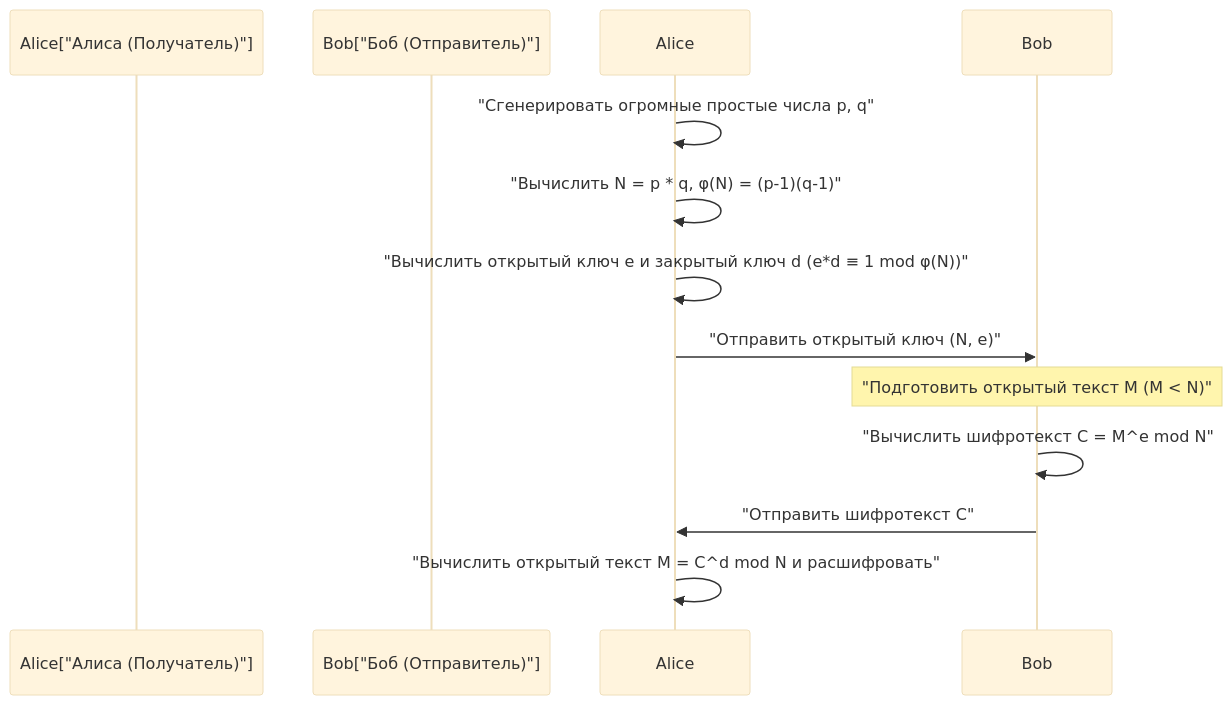
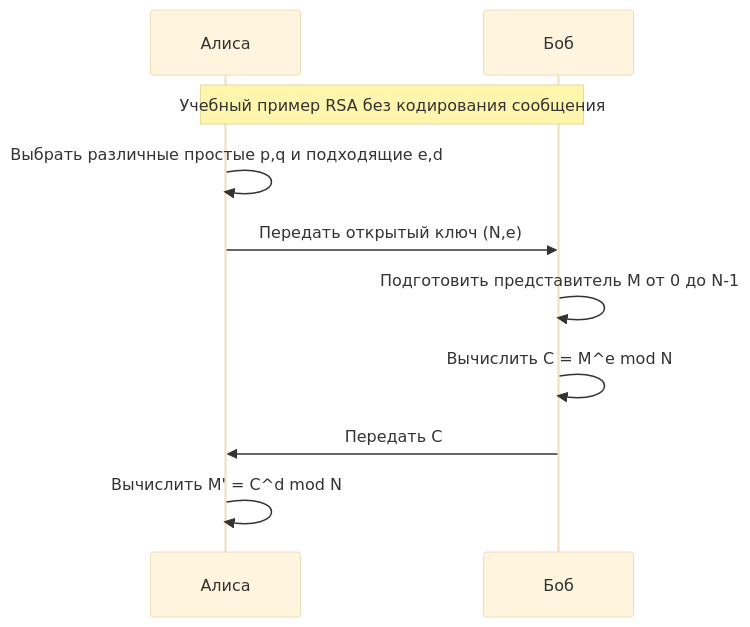
The second of 2 diagrams in content/post/フェルマーの小定理と暗号化/index.ru.md (kenjinote/blog), drawn with Mermaid (base theme) before and after one commit. The commit also changed other lines of this file and 5 other files, not shown here.

````diff
--- a/content/post/フェルマーの小定理と暗号化/index.ru.md
+++ b/content/post/フェルマーの小定理と暗号化/index.ru.md
@@ -295,14 +210,12 @@
 ```mermaid
 sequenceDiagram
-    participant Alice["Алиса (Получатель)"]
-    participant Bob["Боб (Отправитель)"]
-    
-    Alice->>Alice: "Сгенерировать огромные простые числа p, q"
-    Alice->>Alice: "Вычислить N = p * q, φ(N) = (p-1)(q-1)"
-    Alice->>Alice: "Вычислить открытый ключ e и закрытый ключ d (e*d ≡ 1 mod φ(N))"
-    Alice->>Bob: "Отправить открытый ключ (N, e)"
-    Note over Bob: "Подготовить открытый текст M (M < N)"
-    Bob->>Bob: "Вычислить шифротекст C = M^e mod N"
-    Bob->>Alice: "Отправить шифротекст C"
-    Alice->>Alice: "Вычислить открытый текст M = C^d mod N и расшифровать"
+    participant Alice as Алиса
+    participant Bob as Боб
+    Note over Alice,Bob: Учебный пример RSA без кодирования сообщения
+    Alice->>Alice: Выбрать различные простые p,q и подходящие e,d
+    Alice->>Bob: Передать открытый ключ (N,e)
+    Bob->>Bob: Подготовить представитель M от 0 до N-1
+    Bob->>Bob: Вычислить C = M^e mod N
+    Bob->>Alice: Передать C
+    Alice->>Alice: Вычислить M' = C^d mod N
 ```
````
